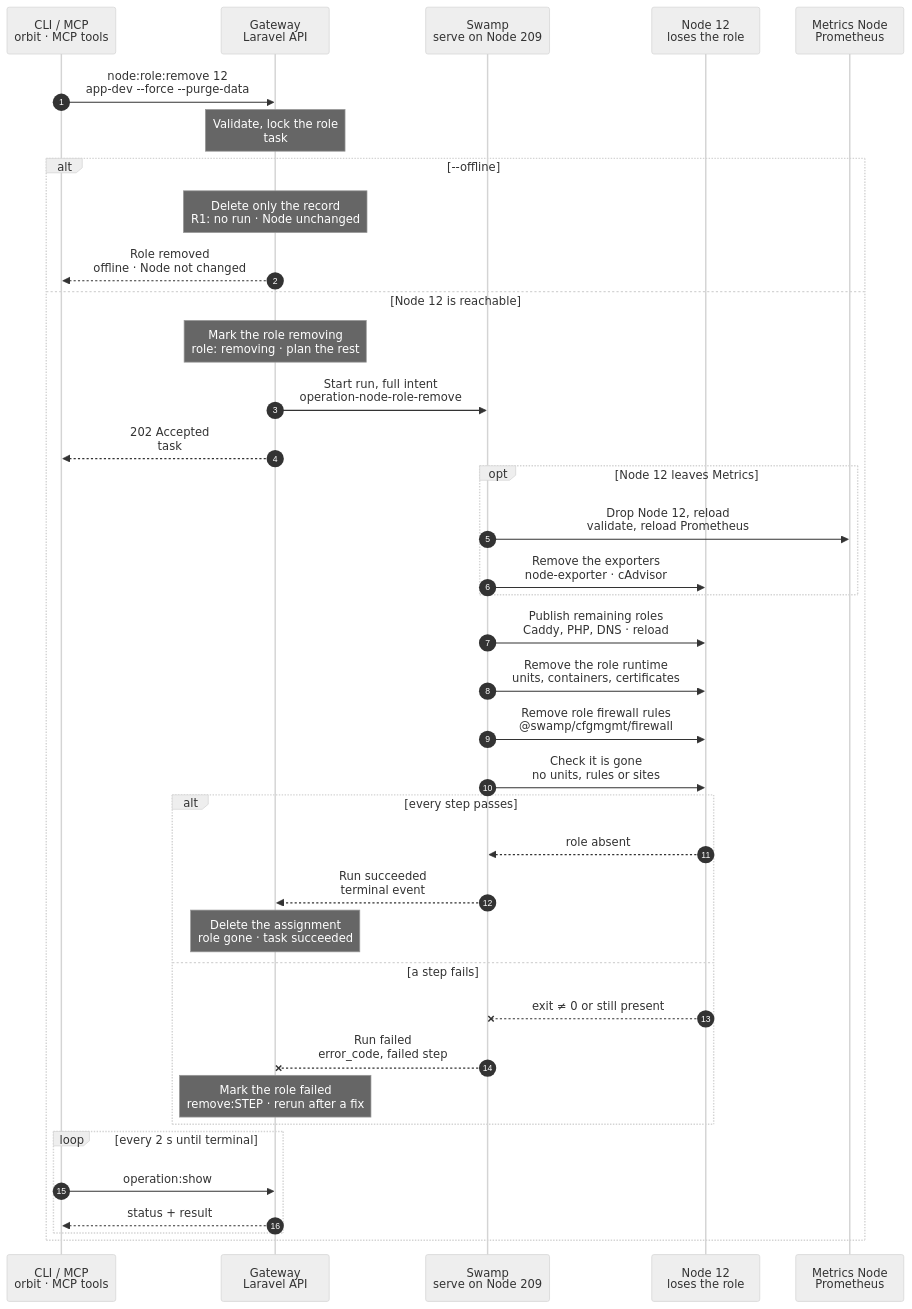
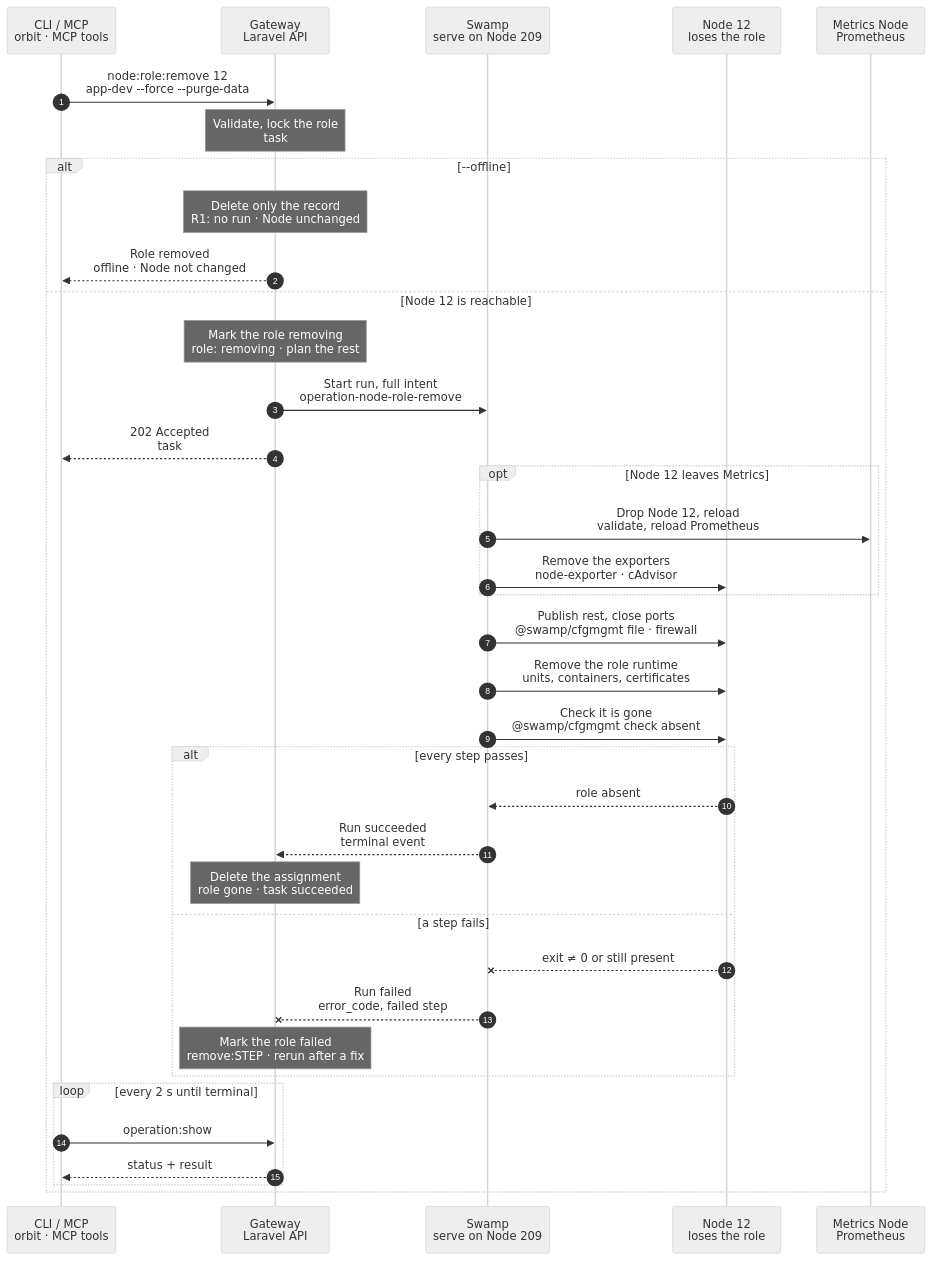
Before and after one commit to hardimpactdev/orbit: the diagram in docs/cli/node/role-remove.mmd, drawn with Mermaid (neutral theme). The commit also changed 6 other files, not shown here.

First line of the commit message:
docs(cli): tighten2 wave 7 charts (node.add, node.role_add, node.role_converge, node.role_remove, node.remove, metrics.enable, metrics.disable)

```diff
--- a/docs/cli/node/role-remove.mmd
+++ b/docs/cli/node/role-remove.mmd
@@ -1,144 +1,145 @@
 sequenceDiagram
   %% Target design: ADR 0243/0244 task, DECISIONS R1 (offline removal starts no run), R2-R4, metrics.exporter_disable order, single-swamp-node. docs/cli/node.mdx#orbit-noderoleremove, docs/reference/node-provisioning.md#native-role-lifecycle.
+  %% Tightened: flow-tighten 2026-11-02, rules 8, 17, 22 (close the role's ports in the publish step, the mirror of node:role:add's "Publish and open ports"; cfgmgmt checks as the end check).
   %% status: draft
   %% command: node:role:remove
   %% kind: node.role_remove
   autonumber
   %% lane CLI icon=terminal pill=caller tone=gray
   %% lane GW icon=gateway pill=intent tone=blue
   %% lane SW icon=workflow pill=executes tone=green
   %% lane N icon=server pill=target tone=amber
   %% lane M icon=server pill=target tone=purple
   participant CLI as CLI / MCP<br/>orbit · MCP tools
   participant GW as Gateway<br/>Laravel API
   participant SW as Swamp<br/>serve on Node 209
   participant N as Node 12<br/>loses the role
   participant M as Metrics Node<br/>Prometheus
   CLI->>GW: node:role:remove 12<br/>app-dev --force --purge-data
   %%> Command:
   %%> - `orbit node:role:remove 12 app-dev --force`
   %%> - syntax: `<node> <role> [--force] [--purge-data] [--offline] [--idempotency-key=KEY] [--json]`
   %%> Input:
   %%> - the Node, by id or exact name, and the role to remove
   %%> - `--force` confirms the removal and its dependent cleanup
   %%> - `--purge-data` also deletes role data: for `metrics` the Prometheus and Grafana volumes and the stored credentials, for `websocket` the Reverb checkout
   %%> - `--offline` removes the role from a Node the Gateway can't reach
   %%> Who can call it:
   %%> - the `orbit` CLI and the MCP tool send the same request
   Note over GW: Validate, lock the role<br/>task #5172 · app-dev on Node 12
   %%> Requirements:
   %%> - your Node has an access grant to Node 12
   %%> - `--force` is given
   %%> - the role is not `vpn` or `router`; those are protected from this command
   %%> - the role is `active` or `failed`; `provisioning` or `removing` is refused until its claim is stale
   %%> - `app-dev`: Node 12 owns no Instances
   %%> - no Route depends on the role
-  %%> - the role is not `swamp`: serve on that Node runs every Swamp run, this one too, so the Gateway refuses with `validation.failed`
+  %%> - `swamp`: its workers don't run this removal; a Node's own Swamp role can't remove itself
   %%> - one role operation per Node: the Gateway waits up to 2 minutes for Node 12's role lock, then refuses with `node_role.node_busy`
   %%> Decides:
   %%> - whether Swamp must reach Node 12, or only the record changes
   alt --offline
     Note over GW: Delete only the record<br/>R1: no run · Node unchanged
     %%> When:
     %%> - Node 12 can't be reached, so nothing can change on it
     %%> Result:
     %%> - the `app-dev` assignment on Node 12 is deleted
     %%> - no Swamp run starts (R1)
     %%> On the Node:
     %%> - the role's packages, units and files stay as they are
     %%> - when Node 12 leaves the Metrics selection, the next Metrics change drops it from Prometheus
     GW-->>CLI: Role removed<br/>offline · Node not changed
     %%> What you get:
     %%> - the final result at once; there is nothing to follow
   else Node 12 is reachable
     Note over GW: Mark the role removing<br/>role: removing · plan the rest
     %%> Builds:
     %%> - the publication of the roles that stay: Caddy sites, PHP pools, private DNS names
     %%> - what to remove: the role's units, containers, certificates and firewall rules
     %%> - the Metrics fleet change, when Node 12 leaves the selection
     %%> Result:
     %%> - the role marked removing, and task #5172 recorded with the full intent
     GW->>SW: Start run, full intent<br/>operation-node-role-remove
     %%> What it does:
     %%> - starts one Swamp run on serve (Node 209)
     %%> Inputs:
     %%> - the removal plan and the publication of the remaining roles
     %%> - Node 12's and the Metrics Node's addresses and SSH host keys; the SSH identity comes from the `swamp` role
     GW-->>CLI: 202 Accepted<br/>task #5172
     %%> What you get:
     %%> - the task number, at once
     %%> Next:
     %%> - the CLI follows the task with `operation:show`
     opt Node 12 leaves Metrics
       SW->>M: Drop Node 12, reload<br/>validate, reload Prometheus
       %%> When:
       %%> - this was Node 12's last role that takes part in Metrics, and it has no `enabled` exporter preference
       %%> What it does:
       %%> - publishes the Prometheus configuration without Node 12 and reloads it; no restart
       %%> Why first:
       %%> - Prometheus never scrapes an exporter that is already gone
       SW->>N: Remove the exporters<br/>node-exporter · cAdvisor
       %%> What it does:
       %%> - the same steps as `metrics:exporter:disable`: stops and removes both exporters and their firewall allows
     end
-    SW->>N: Publish remaining roles<br/>Caddy, PHP, DNS · reload
+    SW->>N: Publish rest, close ports<br/>@swamp/cfgmgmt file · firewall
     %%> What it does:
     %%> - publishes the Caddy sites, PHP pools and private DNS names of the roles that stay, without this role's parts
     %%> - validates first, then reloads Caddy and PHP-FPM gracefully
     %%> - private DNS names go through the shared DNS step on the `vpn` Node
+    %%> - removes the role's managed `orbit:` rules with `@swamp/cfgmgmt/firewall`, `ensure: absent`; operator rules stay
+    %%> Last role:
+    %%> - restores `orbit:public-ssh-recovery` first, so Node 12 stays reachable over public SSH
+    %%> Why one step, first:
+    %%> - the mirror of "Publish and open ports" in `node:role:add`; nothing reaches the role before its runtime goes
     SW->>N: Remove the role runtime<br/>units, containers, certificates
     %%> What it does:
     %%> - stops and removes the role's own units and containers, and its certificates
     %%> - with `--purge-data`: also deletes the role's data
     %%> Kept:
     %%> - shared packages, Tool Managers and their Tools, and anything another role still uses
     %%> How:
     %%> - official `@swamp/cfgmgmt` behaviors (systemd, docker_container, file, directory) over SSH from 209
-    SW->>N: Remove role firewall rules<br/>@swamp/cfgmgmt/firewall
+    SW->>N: Check it is gone<br/>@swamp/cfgmgmt check absent
     %%> What it does:
-    %%> - removes the role's managed `orbit:` rules; operator rules stay
-    %%> Last role:
-    %%> - restores `orbit:public-ssh-recovery` first, so Node 12 stays reachable over public SSH
-    SW->>N: Check it is gone<br/>no units, rules or sites
-    %%> What it does:
-    %%> - checks the role's units, containers, firewall rules and Caddy sites are absent
+    %%> - the `check` of the systemd, docker_container, file and firewall behaviors: the role's units, containers, rules and Caddy sites are absent
     %%> - checks the remaining roles' services still answer
     alt every step passes
       N-->>SW: role absent
       %%> Returns:
       %%> - the check passed
       SW-->>GW: Run succeeded<br/>terminal event
       %%> How the Gateway learns it:
       %%> - its shared run reader sees the terminal event; Swamp never calls the Gateway
       Note over GW: Delete the assignment<br/>role gone · task succeeded
       %%> Result:
       %%> - the `app-dev` assignment on Node 12 is deleted
       %%> - Node 12's exporter is recorded as removed, when it left Metrics
       %%> - with `--purge-data`: the stored role credentials are deleted
       %%> - task #5172 succeeds
     else a step fails
       N--xSW: exit ≠ 0 or still present
       %%> When:
       %%> - a reload, removal, firewall or check step fails
       SW--xGW: Run failed<br/>error_code, failed step
       %%> The Gateway reads:
       %%> - which step failed and its error code
       Note over GW: Mark the role failed<br/>remove:STEP · rerun after a fix
       %%> Result:
       %%> - the role stays recorded, marked failed at `remove:STEP` with the step's own error code
       %%> - task #5172 fails
       %%> On the Node:
       %%> - parts removed before the failure stay removed; there is no rollback
       %%> - that is safe: each removal step skips what is already gone
       %%> Retry:
       %%> - run the same command again after fixing the cause
     end
     loop every 2 s until terminal
       CLI->>GW: operation:show #5172
       %%> What it does:
       %%> - asks for the task's status every 2 seconds until it has ended
       GW-->>CLI: status + result
       %%> Returns:
       %%> - the current status, and the result once the task has ended
     end
   end
```
